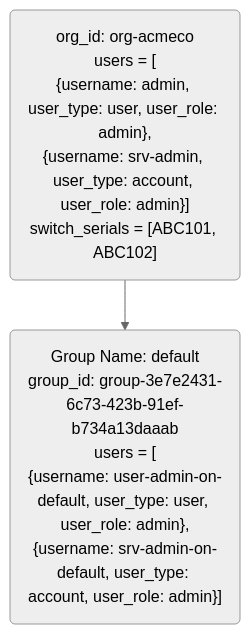
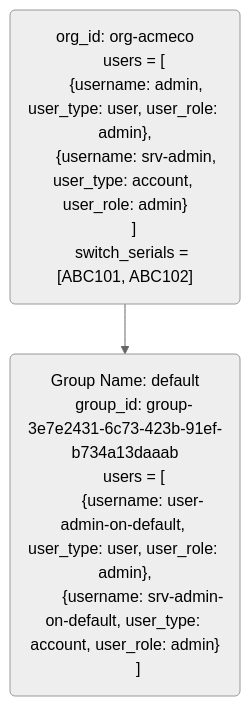
The fourth of 4 diagrams in docs/service-overview.md (aristanetworks/ownership-voucher-grpc), drawn with Mermaid (neutral theme) before and after one commit. The commit also changed other lines of this file, not shown here.

Commit message:
misc. additional mermaid diagram cleanup

````diff
--- a/docs/service-overview.md
+++ b/docs/service-overview.md
@@ -616,22 +616,24 @@
 ```mermaid
 %%{init: {"flowchart": {"htmlLabels": false}} }%%
 flowchart TB
 
-    orgBlock("`
+    orgBlock("
     org_id: org-acmeco
     users = [
-    {username: admin, user_type: user, user_role: admin},
-    {username: srv\-admin, user_type: account, user_role: admin}]
+      {username: admin, user_type: user, user_role: admin},
+      {username: srv-admin, user_type: account, user_role: admin}
+    ]
     switch_serials = [ABC101, ABC102]
-    `")
+    ")
 
-    defaultGroup("`
+    defaultGroup("
     Group Name: default
     group_id: group-3e7e2431-6c73-423b-91ef-b734a13daaab
     users = [
         {username: user-admin-on-default, user_type: user, user_role: admin},
-        {username: srv-admin-on-default, user_type: account, user_role: admin}]
-    `")
+        {username: srv-admin-on-default, user_type: account, user_role: admin}
+      ]
+    ")
 
     orgBlock --> defaultGroup
 ```
````
